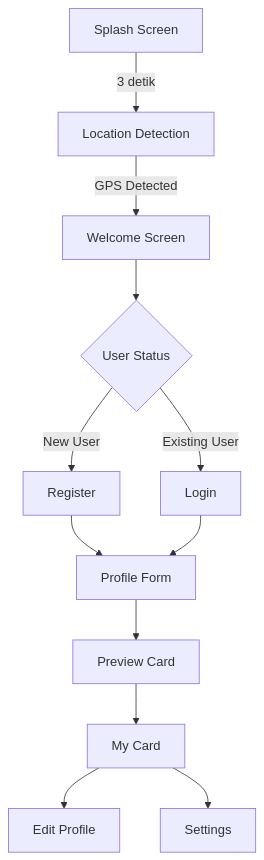
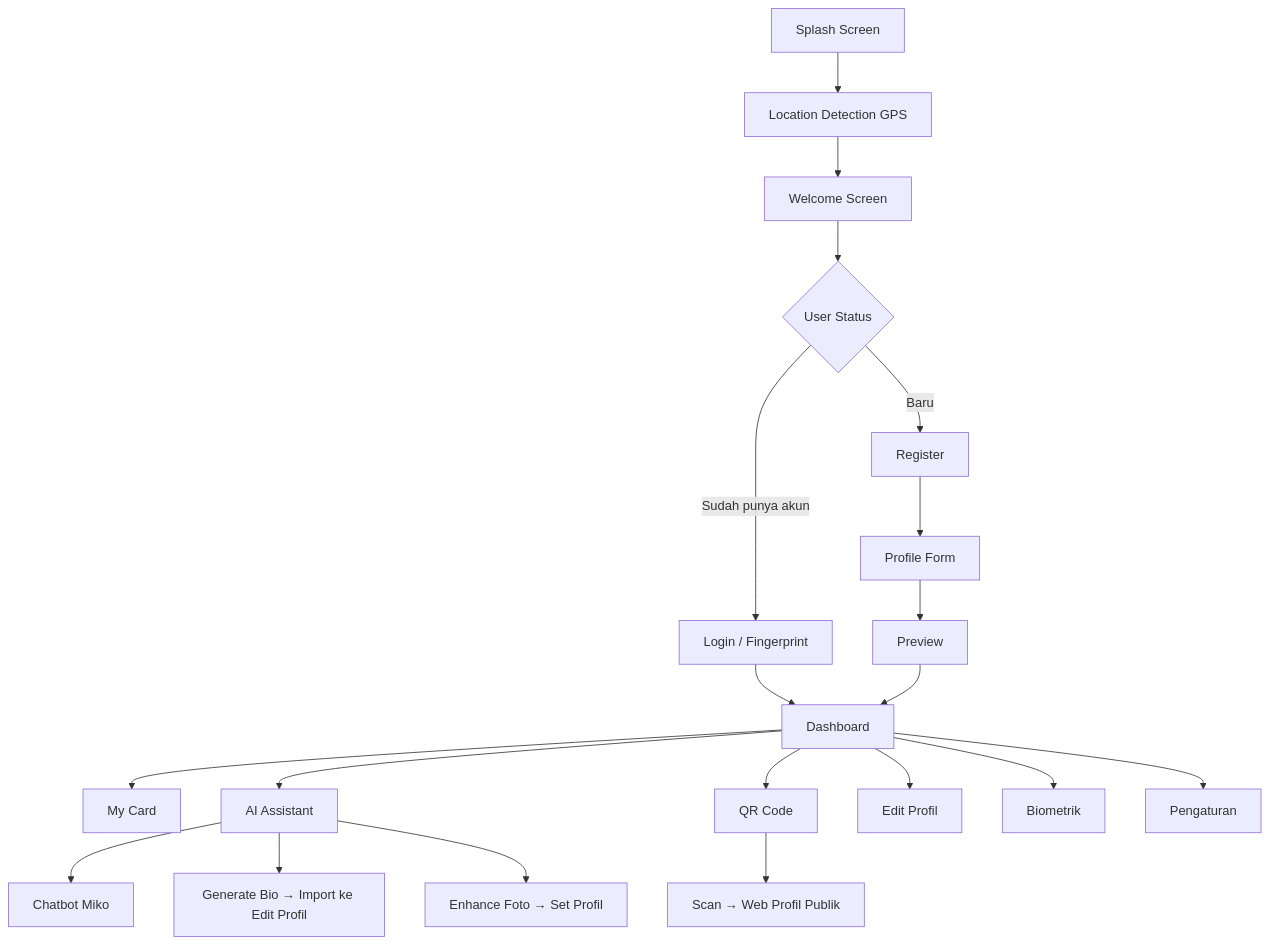
Before and after one commit to Ryuukiryuu/PROJECT1MOBILE: the diagram in README.md, drawn with Mermaid. The commit also changed other lines of this file, not shown here.

````diff
--- a/README.md
+++ b/README.md
@@ -109,14 +170,22 @@
 ```mermaid
 graph TD
-    A[Splash Screen] -->|3 detik| B[Location Detection]
-    B -->|GPS Detected| C[Welcome Screen]
+    A[Splash Screen] --> B[Location Detection GPS]
+    B --> C[Welcome Screen]
     C --> D{User Status}
-    D -->|New User| E[Register]
-    D -->|Existing User| F[Login]
+    D -->|Baru| E[Register]
+    D -->|Sudah punya akun| F[Login / Fingerprint]
     E --> G[Profile Form]
-    F --> G
-    G --> H[Preview Card]
-    H --> I[My Card]
-    I --> J[Edit Profile]
-    I --> K[Settings]
+    F --> H[Dashboard]
+    G --> I[Preview]
+    I --> H
+    H --> J[My Card]
+    H --> K[AI Assistant]
+    H --> L[QR Code]
+    H --> M[Edit Profil]
+    H --> N[Biometrik]
+    H --> O[Pengaturan]
+    K --> K1[Chatbot Miko]
+    K --> K2[Generate Bio → Import ke Edit Profil]
+    K --> K3[Enhance Foto → Set Profil]
+    L --> L1[Scan → Web Profil Publik]
 ```
````
